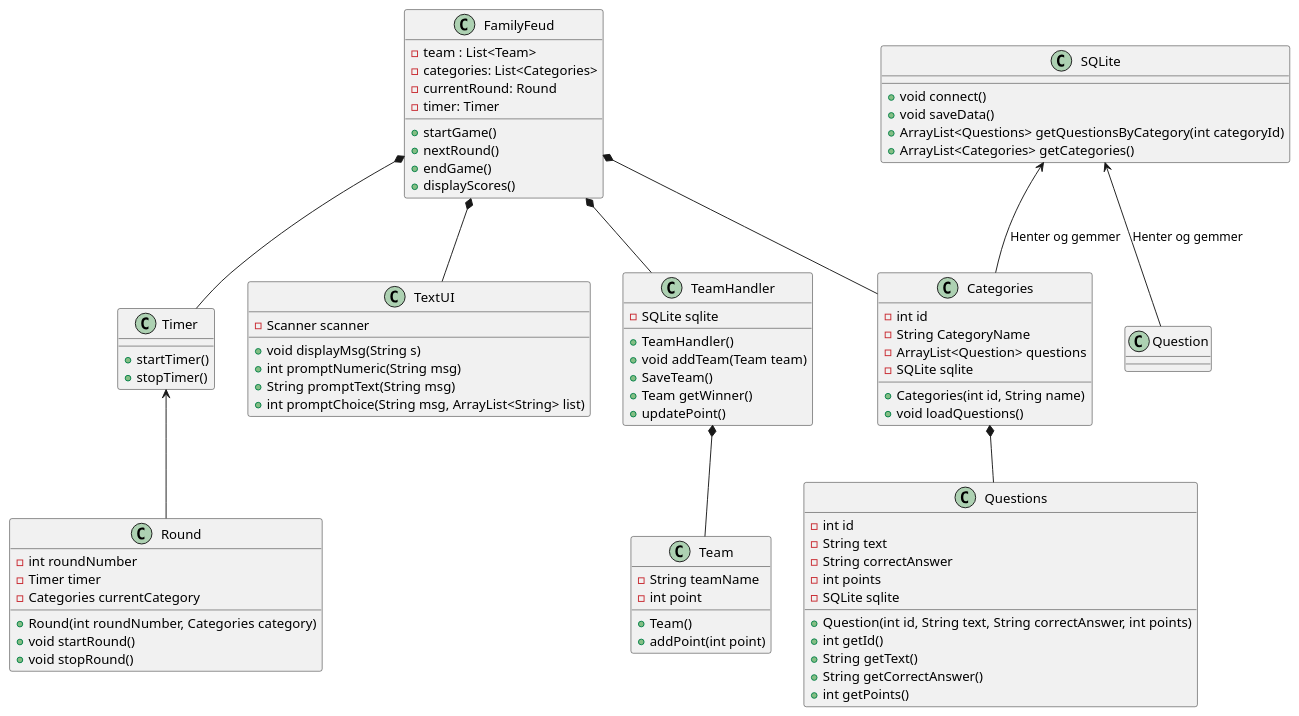
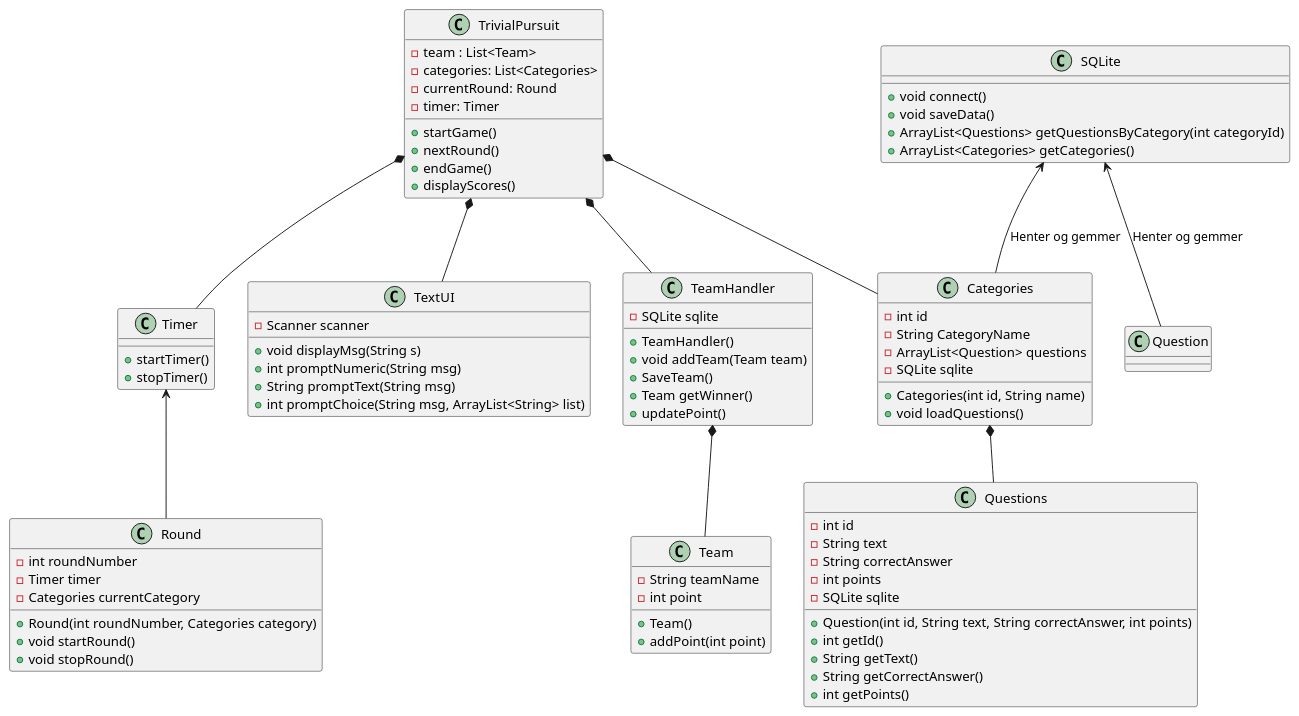
Before and after one commit to suzi558/ICE-project: the diagram in UML/UML V1.puml, drawn with PlantUML. The commit also changed 2 other files, not shown here.

Commit message:
i gang med categories + ændring flere steder

```diff
--- a/UML/UML V1.puml
+++ b/UML/UML V1.puml
@@ -1,83 +1,83 @@
 @startuml
-Class FamilyFeud{
+Class TrivialPursuit{
 -team : List<Team>
 -categories: List<Categories>
 -currentRound: Round
 - timer: Timer
 + startGame()
 + nextRound()
 + endGame()
 + displayScores()
 }
 Class Categories{
 -int id
 -String CategoryName
 -ArrayList<Question> questions
 -SQLite sqlite
 +Categories(int id, String name)
 + void loadQuestions()
 }
 Class Team{
 - String teamName
 -int point
 +Team()
 +addPoint(int point)
 
 }
 Class TeamHandler{
 -SQLite sqlite
 +TeamHandler()
 +void addTeam(Team team)
 +SaveTeam()
 +Team getWinner()
 +updatePoint()
 }
 Class Timer{
 +startTimer()
 +stopTimer()
 }
 Class Questions{
 -int id
 -String text
 -String correctAnswer
 -int points
 -SQLite sqlite
 +Question(int id, String text, String correctAnswer, int points)
 +int getId()
 +String getText()
 +String getCorrectAnswer()
 +int getPoints()
 }
 Class SQLite{
 +void connect()
 +void saveData()
 +ArrayList<Questions> getQuestionsByCategory(int categoryId)
 +ArrayList<Categories> getCategories()
 }
 Class TextUI{
 - Scanner scanner
 + void displayMsg(String s)
 + int promptNumeric(String msg)
 + String promptText(String msg)
 + int promptChoice(String msg, ArrayList<String> list)
 }
 Class Round{
  -int roundNumber
   -Timer timer
   -Categories currentCategory
   +Round(int roundNumber, Categories category)
   +void startRound()
   +void stopRound()
 }
-FamilyFeud *-- Categories
-FamilyFeud *-- TeamHandler
-FamilyFeud *-- Timer
-FamilyFeud *-- TextUI
+TrivialPursuit *-- Categories
+TrivialPursuit *-- TeamHandler
+TrivialPursuit *-- Timer
+TrivialPursuit *-- TextUI
 
 Categories *-- Questions
 TeamHandler *-- Team
 SQLite <-- Categories : "Henter og gemmer"
 SQLite <-- Question : "Henter og gemmer"
 Timer <-- Round
 
 @enduml
```
